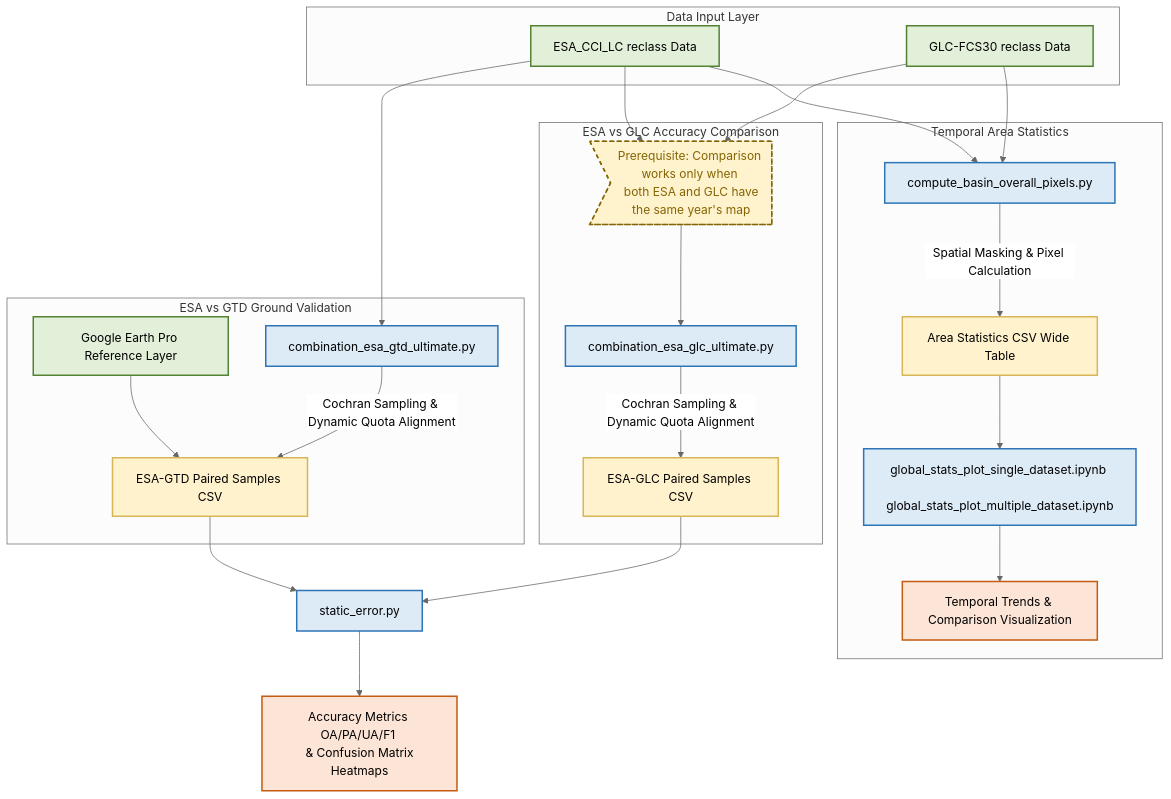
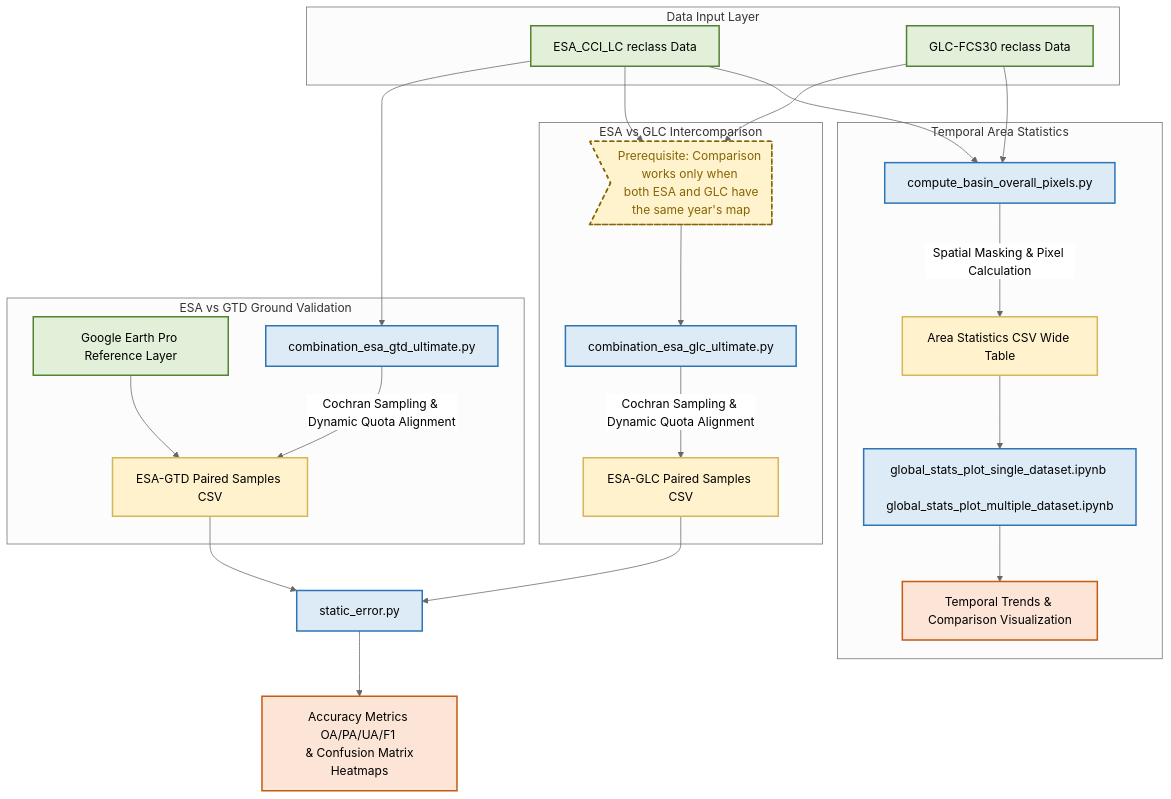
One commit to jack-yip0867/Forest-Cover-Validation changed the diagram in readme.md. Above: the diagram before and after it, drawn with Mermaid (neutral theme). The commit also changed other lines of this file and 11 other files, not shown here.

````diff
--- a/readme.md
+++ b/readme.md
@@ -66,62 +66,62 @@
 ```mermaid
 graph TD
     %% Define node styles
     classDef rawData fill:#e2f0d9,stroke:#548235,stroke-width:2px,color:#000
     classDef script fill:#ddebf7,stroke:#2e75b6,stroke-width:2px,color:#000
     classDef output fill:#fff2cc,stroke:#d6b656,stroke-width:2px,color:#000
     classDef final fill:#fce4d6,stroke:#c55a11,stroke-width:2px,color:#000
     classDef warning fill:#fff3cd,stroke:#856404,stroke-width:2px,stroke-dasharray: 5 5,color:#856404
 
     %% Top Data Input Area (Centered)
     subgraph Input_Data [Data Input Layer]
         ESA[ESA_CCI_LC reclass Data]:::rawData
         GLC[GLC-FCS30 reclass Data]:::rawData
     end
 
     %% Three Parallel Processing Pipelines
     subgraph Track_1 [Temporal Area Statistics]
         S1[compute_basin_overall_pixels.py]:::script
         CSV_Area[Area Statistics CSV Wide Table]:::output
         J1[global_stats_plot_single_dataset.ipynb <br/> global_stats_plot_multiple_dataset.ipynb]:::script
         R1[Temporal Trends & Comparison Visualization]:::final
 
         S1 -->|Spatial Masking & Pixel Calculation| CSV_Area
         CSV_Area --> J1
         J1 --> R1
     end
 
-    subgraph Track_2 [ESA vs GLC Accuracy Comparison]
+    subgraph Track_2 [ESA vs GLC Intercomparison]
         Cond1>Prerequisite: Comparison works only when <br/> both ESA and GLC have the same year's map]:::warning
         S2[combination_esa_glc_ultimate.py]:::script
         CSV_Pair1[ESA-GLC Paired Samples CSV]:::output
   
         Cond1 --> S2
         S2 -->|Cochran Sampling & Dynamic Quota Alignment| CSV_Pair1
     end
 
     subgraph Track_3 [ESA vs GTD Ground Validation]
         GEP[Google Earth Pro Reference Layer]:::rawData
         S3[combination_esa_gtd_ultimate.py]:::script
         CSV_Pair2[ESA-GTD Paired Samples CSV]:::output
 
         S3 -->|Cochran Sampling & Dynamic Quota Alignment| CSV_Pair2
     end
 
     %% Cross-module connections (Defined externally for layout alignment)
     ESA --> S1
     GLC --> S1
 
     ESA --> Cond1
     GLC --> Cond1
 
     ESA --> S3
     GEP -->CSV_Pair2
 
     %% Unified aggregation of accuracy comparison and validation branches
     S4[static_error.py]:::script
     R2[Accuracy Metrics OA/PA/UA/F1 <br/> & Confusion Matrix Heatmaps]:::final
 
     CSV_Pair1 --> S4
     CSV_Pair2 --> S4
     S4 --> R2
 ```
````
